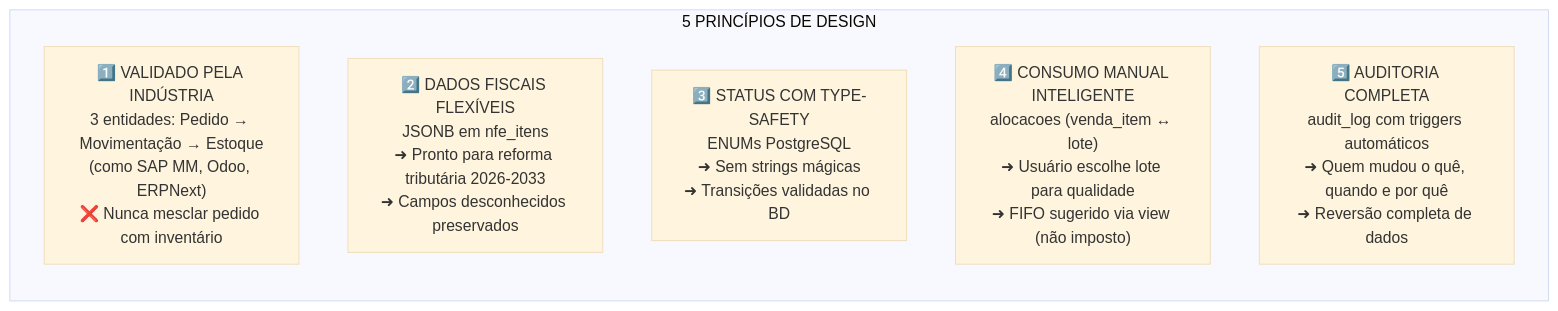
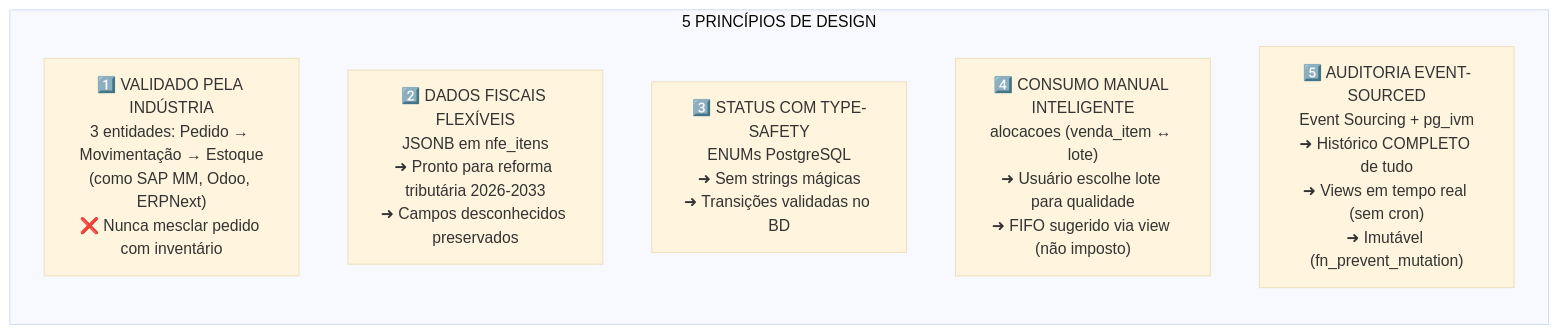
The second of 27 diagrams in .claude/schema-proposto-flowchart.md (darktorres/ERP-STACCATO), drawn with Mermaid (base theme) before and after one commit. The commit also changed other lines of this file, not shown here.

First line of the commit message:
docs: Update flowchart with Event Sourcing architecture

````diff
--- a/.claude/schema-proposto-flowchart.md
+++ b/.claude/schema-proposto-flowchart.md
@@ -159,16 +166,16 @@
 ```mermaid
 flowchart TB
     subgraph Principles["5 PRINCÍPIOS DE DESIGN"]
         direction TB
 
         P1["1️⃣ VALIDADO PELA INDÚSTRIA<br/>3 entidades: Pedido → Movimentação → Estoque<br/>(como SAP MM, Odoo, ERPNext)<br/>❌ Nunca mesclar pedido com inventário"]
 
         P2["2️⃣ DADOS FISCAIS FLEXÍVEIS<br/>JSONB em nfe_itens<br/>➜ Pronto para reforma tributária 2026-2033<br/>➜ Campos desconhecidos preservados"]
 
         P3["3️⃣ STATUS COM TYPE-SAFETY<br/>ENUMs PostgreSQL<br/>➜ Sem strings mágicas<br/>➜ Transições validadas no BD"]
 
         P4["4️⃣ CONSUMO MANUAL INTELIGENTE<br/>alocacoes (venda_item ↔ lote)<br/>➜ Usuário escolhe lote para qualidade<br/>➜ FIFO sugerido via view (não imposto)"]
 
-        P5["5️⃣ AUDITORIA COMPLETA<br/>audit_log com triggers automáticos<br/>➜ Quem mudou o quê, quando e por quê<br/>➜ Reversão completa de dados"]
+        P5["5️⃣ AUDITORIA EVENT-SOURCED<br/>Event Sourcing + pg_ivm<br/>➜ Histórico COMPLETO de tudo<br/>➜ Views em tempo real (sem cron)<br/>➜ Imutável (fn_prevent_mutation)"]
     end
 ```
````
